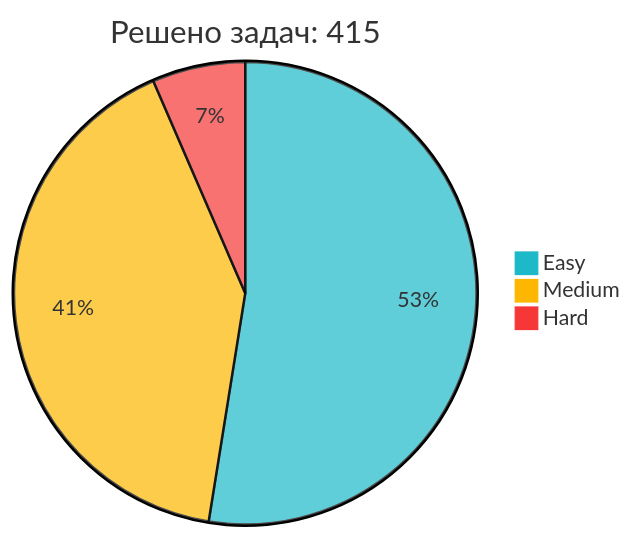
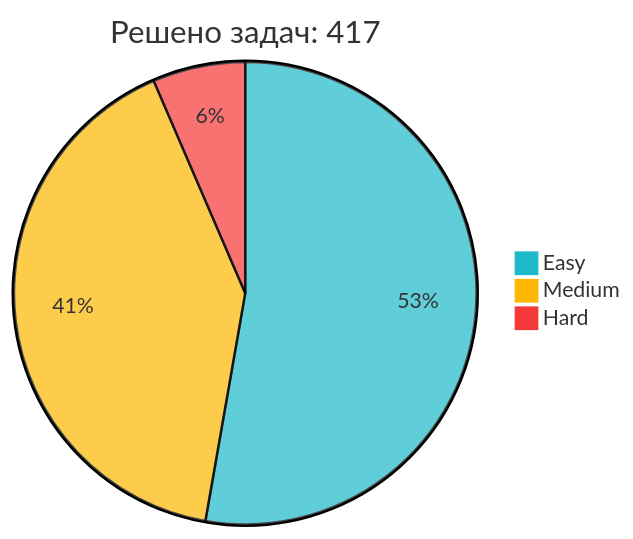
One commit to IliaKurdukov/IliaKurdukov changed the diagram in README.md. Above: the diagram before and after it, drawn with Mermaid. The commit also changed other lines of this file, not shown here.

Commit message:
📈 Обновление статистики LeetCode

````diff
--- a/README.md
+++ b/README.md
@@ -51,7 +51,7 @@
 ```mermaid
 %%{init: {'theme': 'base', 'themeVariables': { 'pie1': '#1CBAC8', 'pie2': '#FEB700', 'pie3': '#F63737' }, 'config': {'width': 300, 'height': 200}}}%%
-pie title Решено задач: 415
-   "Easy" : 218
+pie title Решено задач: 417
+   "Easy" : 220
    "Medium" : 170
    "Hard" : 27
 ```
````
